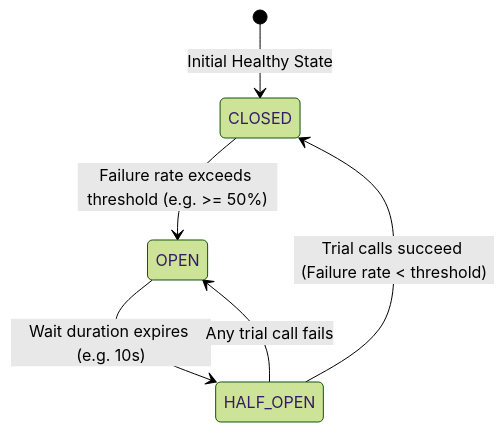
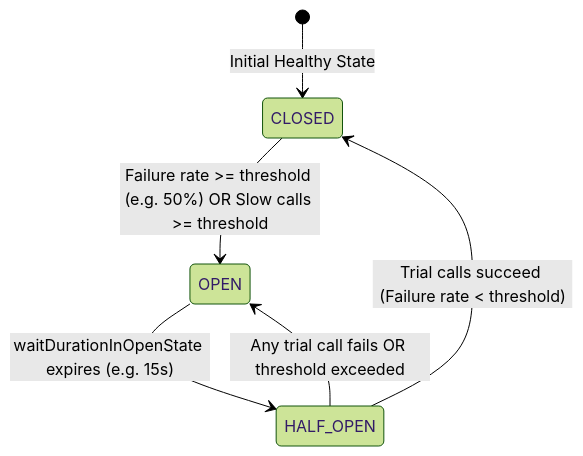
One commit to MKFarag/SOA-Java-Handbook changed the diagram in content/part3-spring/107-resilience-fault-tolerance-resilience4j-circuit-breaker.md. Above: the diagram before and after it, drawn with Mermaid (forest theme). The commit also changed other lines of this file and 186 other files, not shown here.

````diff
--- a/content/part3-spring/107-resilience-fault-tolerance-resilience4j-circuit-breaker.md
+++ b/content/part3-spring/107-resilience-fault-tolerance-resilience4j-circuit-breaker.md
@@ -25,8 +55,8 @@
 ```mermaid
 stateDiagram-v2
     [*] --> CLOSED: Initial Healthy State
-    CLOSED --> OPEN: Failure rate exceeds threshold (e.g. >= 50%)
-    OPEN --> HALF_OPEN: Wait duration expires (e.g. 10s)
+    CLOSED --> OPEN: Failure rate >= threshold (e.g. 50%) OR Slow calls >= threshold
+    OPEN --> HALF_OPEN: waitDurationInOpenState expires (e.g. 15s)
     HALF_OPEN --> CLOSED: Trial calls succeed (Failure rate < threshold)
-    HALF_OPEN --> OPEN: Any trial call fails
+    HALF_OPEN --> OPEN: Any trial call fails OR threshold exceeded
 ```
````
